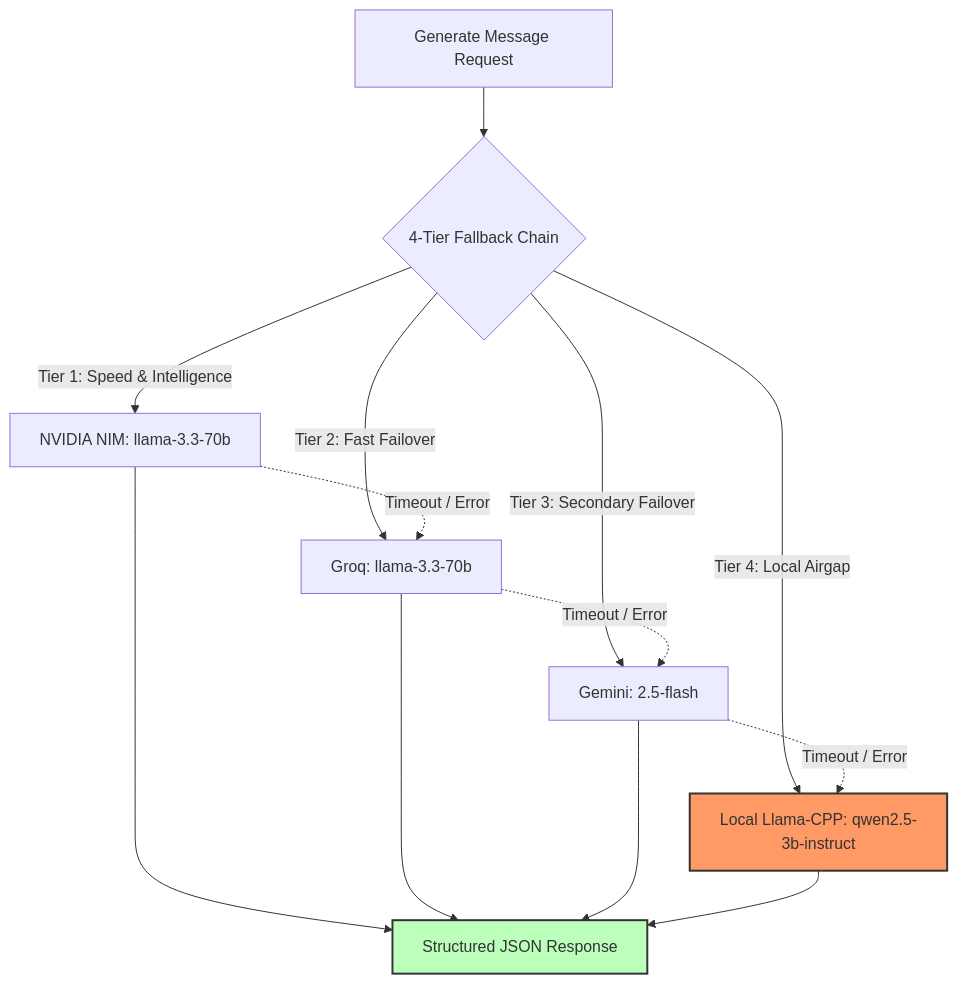
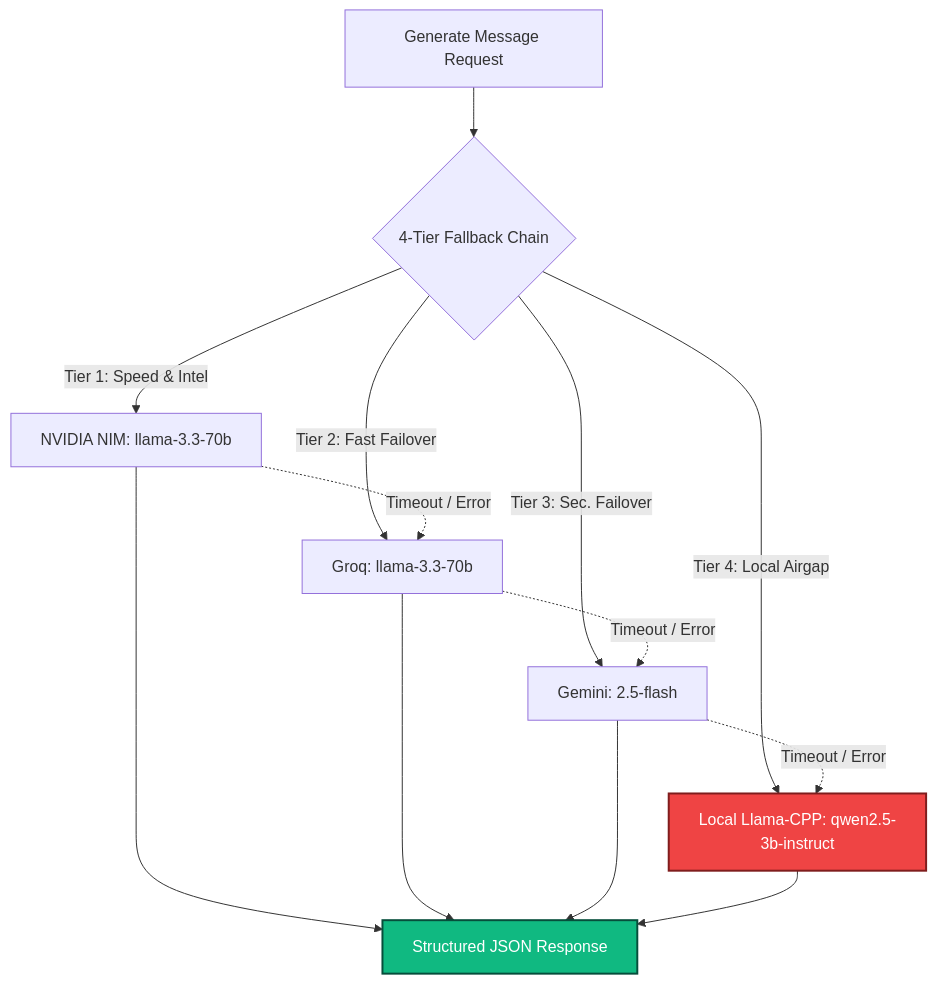
The second of 2 diagrams in architecture.md (IDKHowToCodeFR/vera-engine), drawn with Mermaid before and after one commit. The commit also changed other lines of this file and 5 other files, not shown here.

````diff
--- a/architecture.md
+++ b/architecture.md
@@ -45,17 +54,18 @@
 ```mermaid
 flowchart TD
     A[Generate Message Request] --> B{4-Tier Fallback Chain}
-    B -->|Tier 1: Speed & Intelligence| C[NVIDIA NIM: llama-3.3-70b]
+    B -->|Tier 1: Speed & Intel| C[NVIDIA NIM: llama-3.3-70b]
     B -->|Tier 2: Fast Failover| D[Groq: llama-3.3-70b]
-    B -->|Tier 3: Secondary Failover| E[Gemini: 2.5-flash]
+    B -->|Tier 3: Sec. Failover| E[Gemini: 2.5-flash]
     B -->|Tier 4: Local Airgap| F[Local Llama-CPP: qwen2.5-3b-instruct]
 
     C -.->|Timeout / Error| D
     D -.->|Timeout / Error| E
     E -.->|Timeout / Error| F
     
     C & D & E & F --> H[Structured JSON Response]
 
-    style F fill:#f96,stroke:#333,stroke-width:2px
-    style H fill:#bfb,stroke:#333,stroke-width:2px
+    %% Modern UI Colors
+    style F fill:#ef4444,stroke:#7f1d1d,stroke-width:2px,color:#fff
+    style H fill:#10b981,stroke:#064e3b,stroke-width:2px,color:#fff
 ```
````
